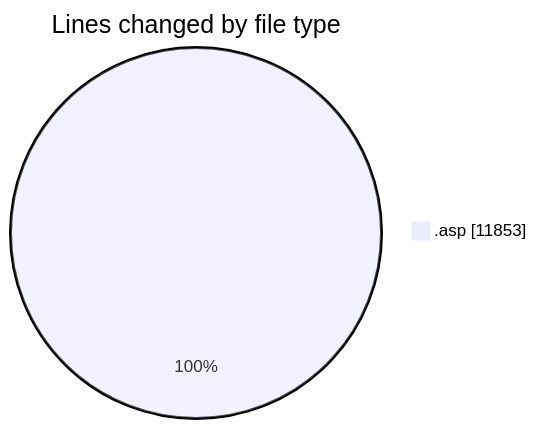
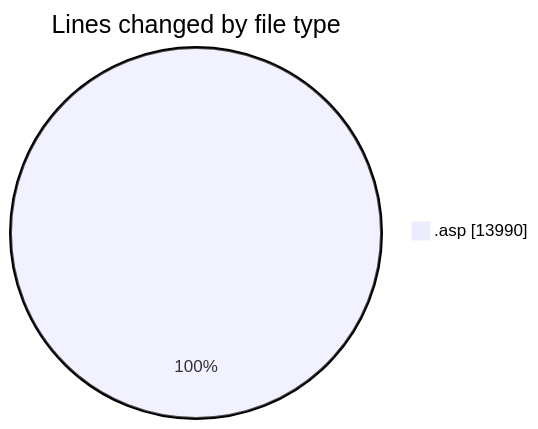
Before and after one commit to julien-gomy/code-tracking: the first of 2 diagrams in 2025-11-14/cdp_aleoudev_fr__workspace_/README.md, drawn with Mermaid. The commit also changed other lines of this file and 1 other file, not shown here.

````diff
--- a/2025-11-14/cdp_aleoudev_fr__workspace_/README.md
+++ b/2025-11-14/cdp_aleoudev_fr__workspace_/README.md
@@ -22,5 +23,5 @@
 ```mermaid
 pie showData
 title Lines changed by file type
-".asp" : 11853
+".asp" : 13990
 ```
````
